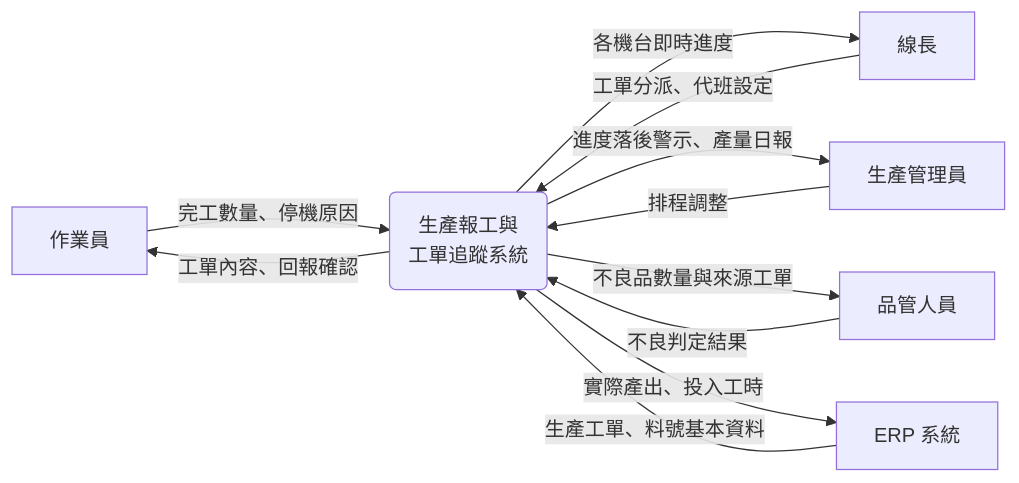
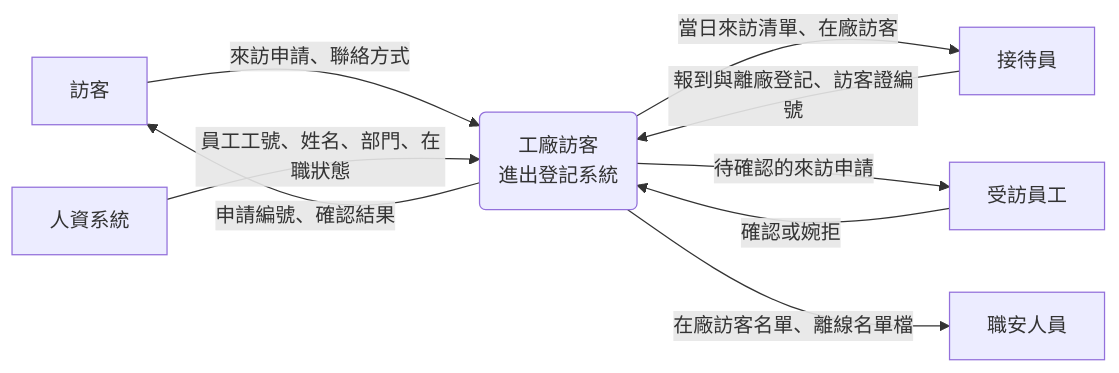
The first of 4 diagrams in 01-Course-Materials/05-Functional-Analysis.md (billy1125/system-analysis-and-design), drawn with Mermaid before and after one commit. The commit also changed other lines of this file and 30 other files, not shown here.

````diff
--- a/01-Course-Materials/05-Functional-Analysis.md
+++ b/01-Course-Materials/05-Functional-Analysis.md
@@ -85,21 +85,19 @@
 ```mermaid
 flowchart LR
-    OP[作業員]
-    LL[線長]
-    PC[生產管理員]
-    QC[品管人員]
-    ERP[ERP 系統]
+    V[訪客]
+    RC[接待員]
+    EM[受訪員工]
+    SF[職安人員]
+    HR[人資系統]
 
-    SYS(生產報工與<br/>工單追蹤系統)
+    SYS(工廠訪客<br/>進出登記系統)
 
-    OP -->|完工數量、停機原因| SYS
-    SYS -->|工單內容、回報確認| OP
-    LL -->|工單分派、代班設定| SYS
-    SYS -->|各機台即時進度| LL
-    PC -->|排程調整| SYS
-    SYS -->|進度落後警示、產量日報| PC
-    SYS -->|不良品數量與來源工單| QC
-    QC -->|不良判定結果| SYS
-    ERP -->|生產工單、料號基本資料| SYS
-    SYS -->|實際產出、投入工時| ERP
+    V -->|來訪申請、聯絡方式| SYS
+    SYS -->|申請編號、確認結果| V
+    RC -->|報到與離廠登記、訪客證編號| SYS
+    SYS -->|當日來訪清單、在廠訪客| RC
+    EM -->|確認或婉拒| SYS
+    SYS -->|待確認的來訪申請| EM
+    SYS -->|在廠訪客名單、離線名單檔| SF
+    HR -->|員工工號、姓名、部門、在職狀態| SYS
 ```
````
